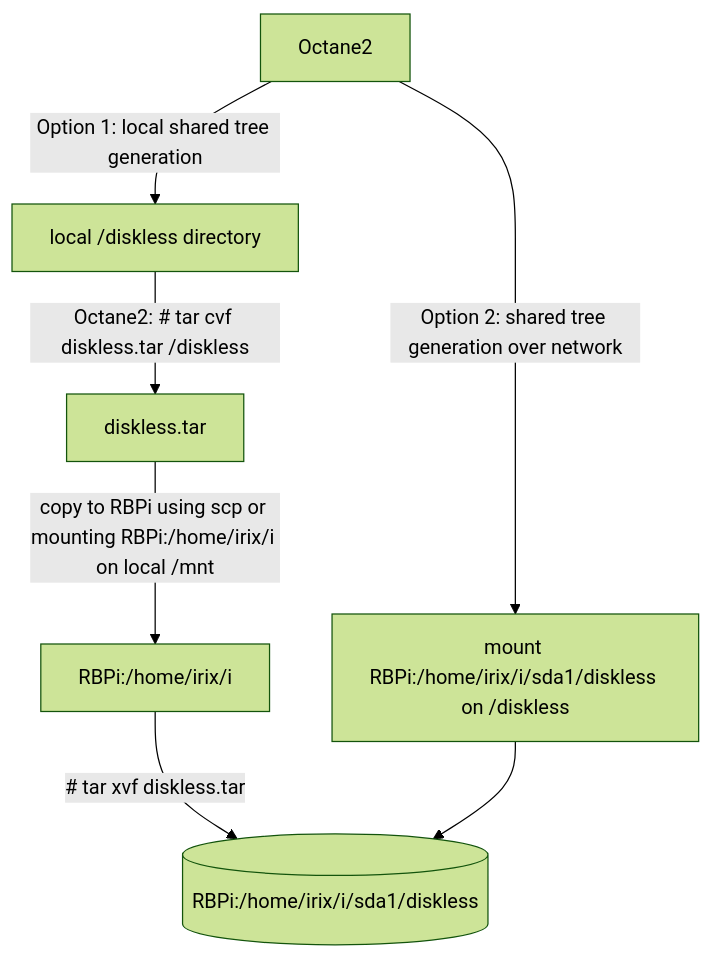
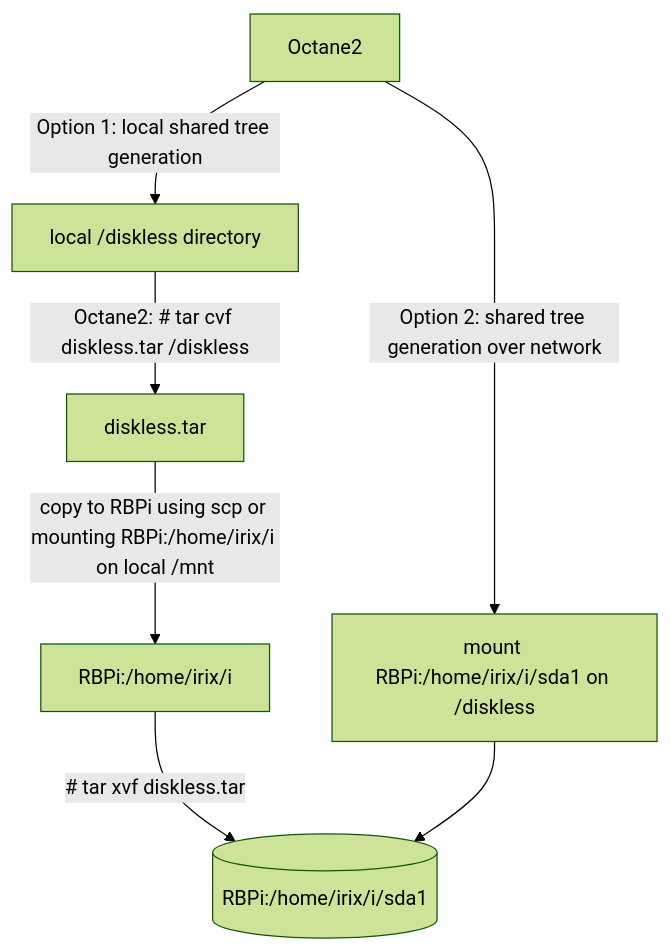
The second of 3 diagrams in README.md (Linux-RISC/IRIX-diskless-workstation), drawn with Mermaid (forest theme) before and after one commit. The commit also changed other lines of this file, not shown here.

````diff
--- a/README.md
+++ b/README.md
@@ -44,6 +49,6 @@
 ```mermaid
 graph TD;
     Octane2--Option 1: local shared tree generation-->local_diskless[local /diskless directory]--Octane2: # tar cvf diskless.tar /diskless-->diskless.tar;
     diskless.tar--copy to RBPi using scp or mounting RBPi:/home/irix/i on local /mnt-->RBPi:/home/irix/i--# tar xvf diskless.tar-->RBPi[(RBPi:/home/irix/i/diskless)];
-   Octane2--Option 2: shared tree generation over network-->mount_RBPi[mount RBPi:/home/irix/i/sda1/diskless on /diskless]-->RBPi[(RBPi:/home/irix/i/sda1/diskless)];
+   Octane2--Option 2: shared tree generation over network-->mount_RBPi[mount RBPi:/home/irix/i/sda1 on /diskless]-->RBPi[(RBPi:/home/irix/i/sda1)];
 ```
````
